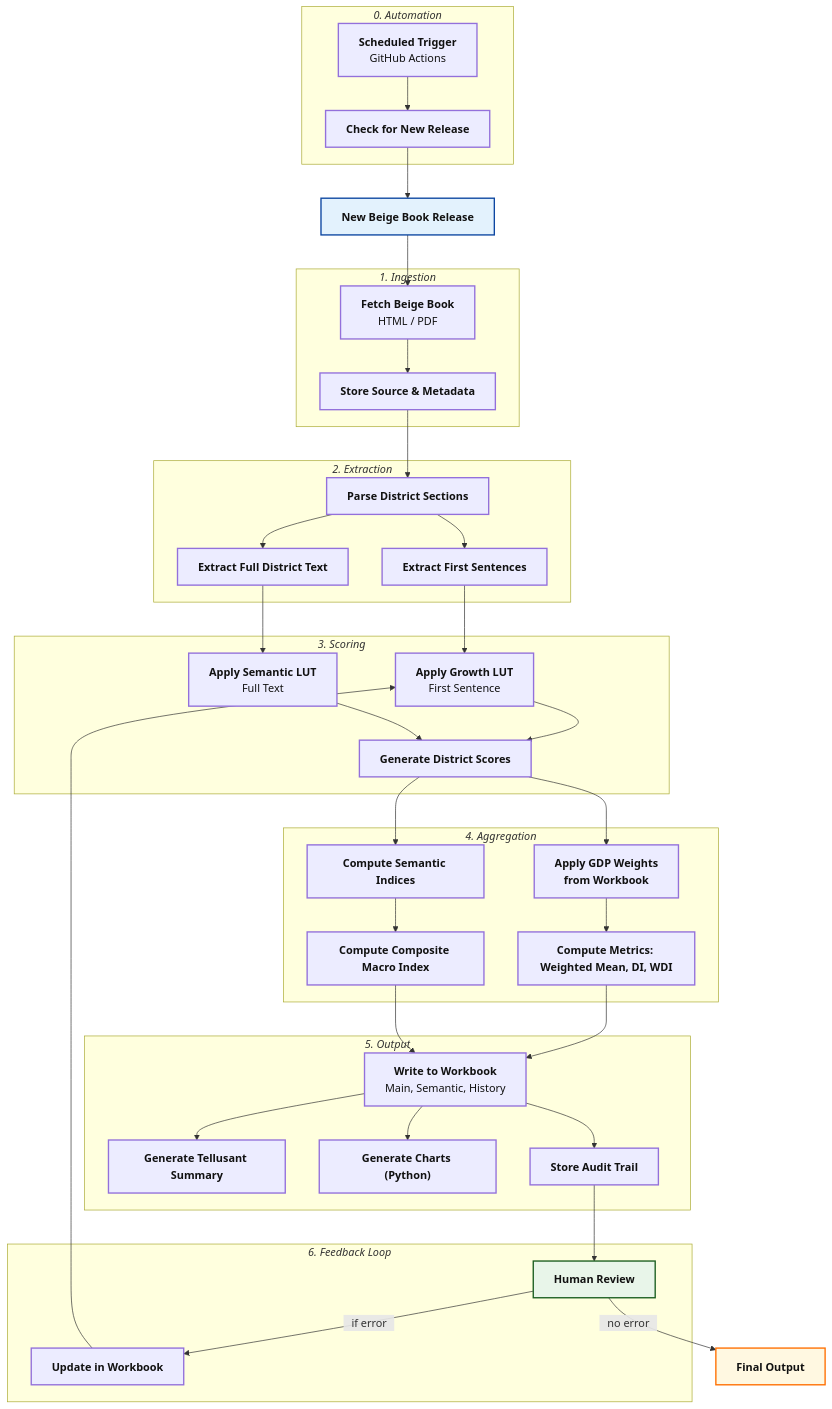
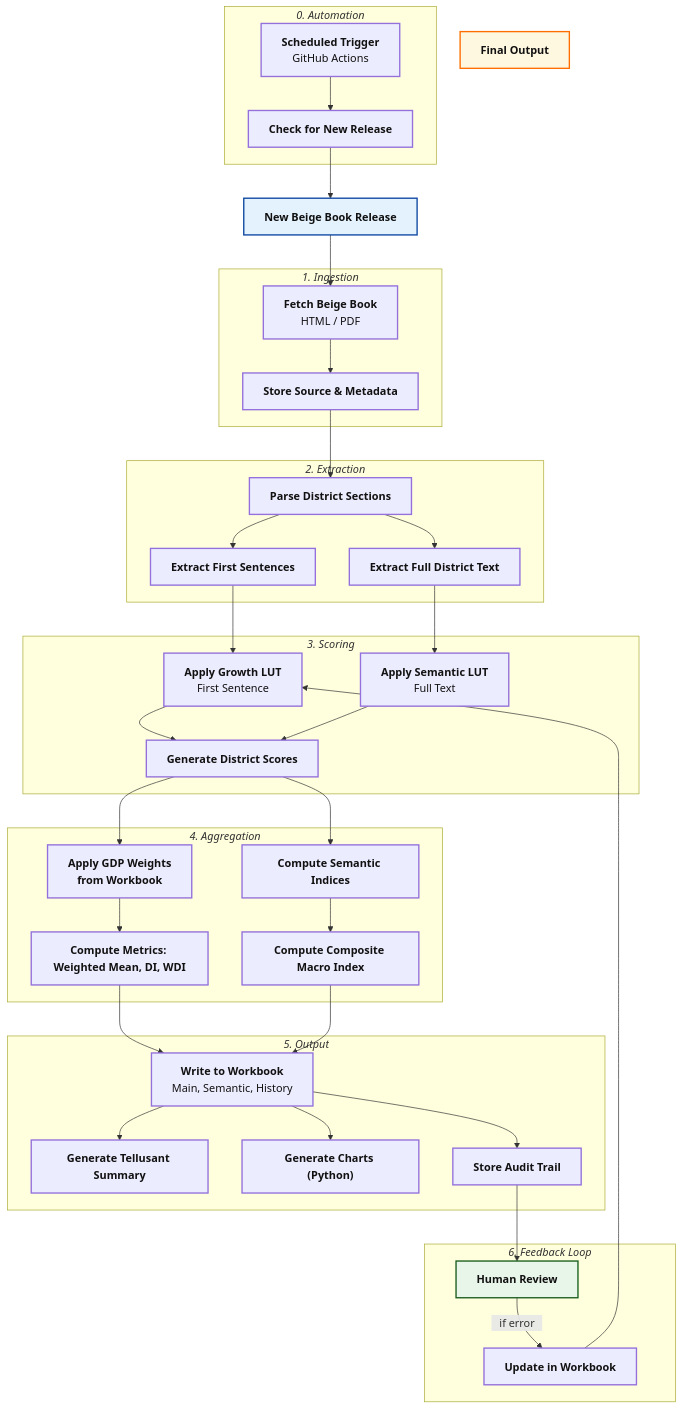
The diagram in articles-posts/fedora.md (scanback/docs), drawn with Mermaid before and after one commit.

```diff
--- a/articles-posts/fedora.md
+++ b/articles-posts/fedora.md
@@ -9,76 +9,76 @@
 <div class="mermaid">
 
 %%{init: {'themeVariables': { 'fontFamily': 'Arial'}}}%%
 
 flowchart TD
 
     A["`**New Beige Book Release**`"]:::blue
 
     subgraph S1["`*1. Ingestion*`"]
         B["`**Fetch Beige Book**<br/>HTML / PDF`"]:::base
         C["`**Store Source & Metadata**`"]:::base
     end
 
     subgraph S2["`*2. Extraction*`"]
         D["`**Parse District Sections**`"]:::base
         E["`**Extract First Sentences**`"]:::base
         F["`**Extract Full District Text**`"]:::base
     end
 
     subgraph S3["`*3. Scoring*`"]
         G["`**Apply Growth LUT**<br/>First Sentence`"]:::base
         H["`**Apply Semantic LUT**<br/>Full Text`"]:::base
         I["`**Generate District Scores**`"]:::base
     end
 
     subgraph S4["`*4. Aggregation*`"]
         J["`**Apply GDP Weights<br/>from Workbook**`"]:::base
         K["`**Compute Metrics: Weighted Mean, DI, WDI**`"]:::base
         L["`**Compute Semantic Indices**`"]:::base
         M["`**Compute Composite Macro Index**`"]:::base
     end
 
     subgraph S5["`*5. Output*`"]
         N["`**Write to Workbook**<br/>Main, Semantic, History`"]:::base
         O["`**Generate Tellusant Summary**`"]:::base
         P["`**Generate Charts (Python)**`"]:::base
         Q["`**Store Audit Trail**`"]:::base
     end
 
     subgraph S6["`*0. Automation*`"]
         R["`**Scheduled Trigger**<br/>GitHub Actions`"]:::base
         S["`**Check for New Release**`"]:::base
     end
 
     subgraph S7["`*6. Feedback Loop*`"]
         T["`**Human Review**`"]:::green
         U["`**Update in Workbook**`"]:::base
     end
 
         V["`**Final Output**`"]:::orange
         
     R --> S --> A
     A --> B --> C --> D --> E
     D --> F
     E --> G --> I
     F --> H --> I
     I --> J --> K
     I --> L --> M
     K --> N
     M --> N
     N --> O
     N --> P
     N --> Q
     Q --> T -->|⠀if error⠀| U --> G
-    T -->|⠀no error⠀| V
+    %% T -->|⠀no error⠀| V
 
 %% ========= STYLES =========
 classDef green   fill:#E8F5E9,stroke:#1B5E20,stroke-width:2px,color:#111;
 classDef blue    fill:#E3F2FD,stroke:#0D47A1,stroke-width:2px,color:#111;
 classDef orange  fill:#FFF8E1,stroke:#FF6F00,stroke-width:2px,color:#111;
 classDef red     fill:#FDECEA,stroke:#B71C1C,stroke-width:2px,color:#111;
 classDef grey    fill:#F5F5F5,stroke:#424242,stroke-width:2px,color:#111;
 classDef base    fill:#ECECFF,stroke:#9370DB,stroke-width:2px,color:#111;
 classDef clear   fill:transparent,stroke:transparent;
 
     </div>
```
